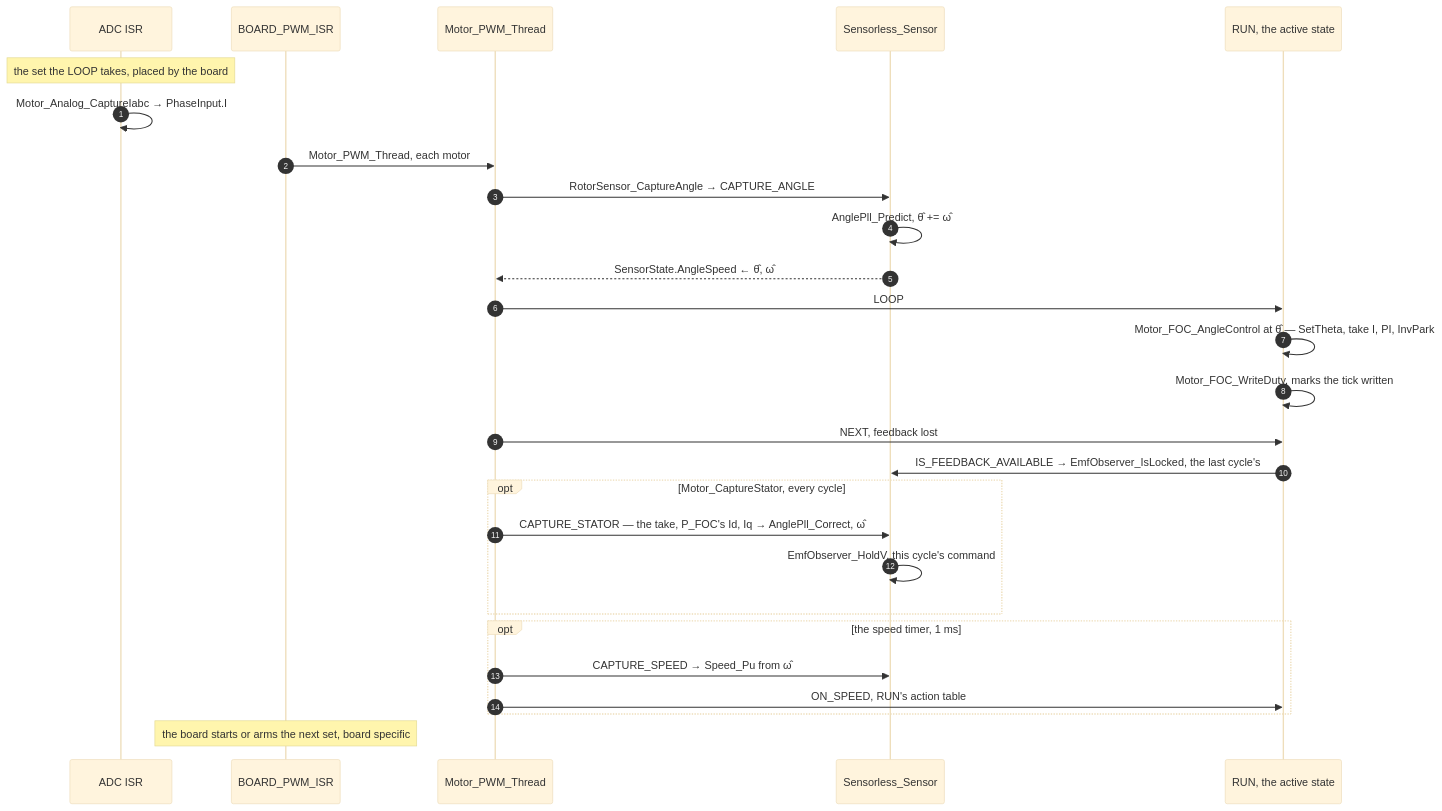
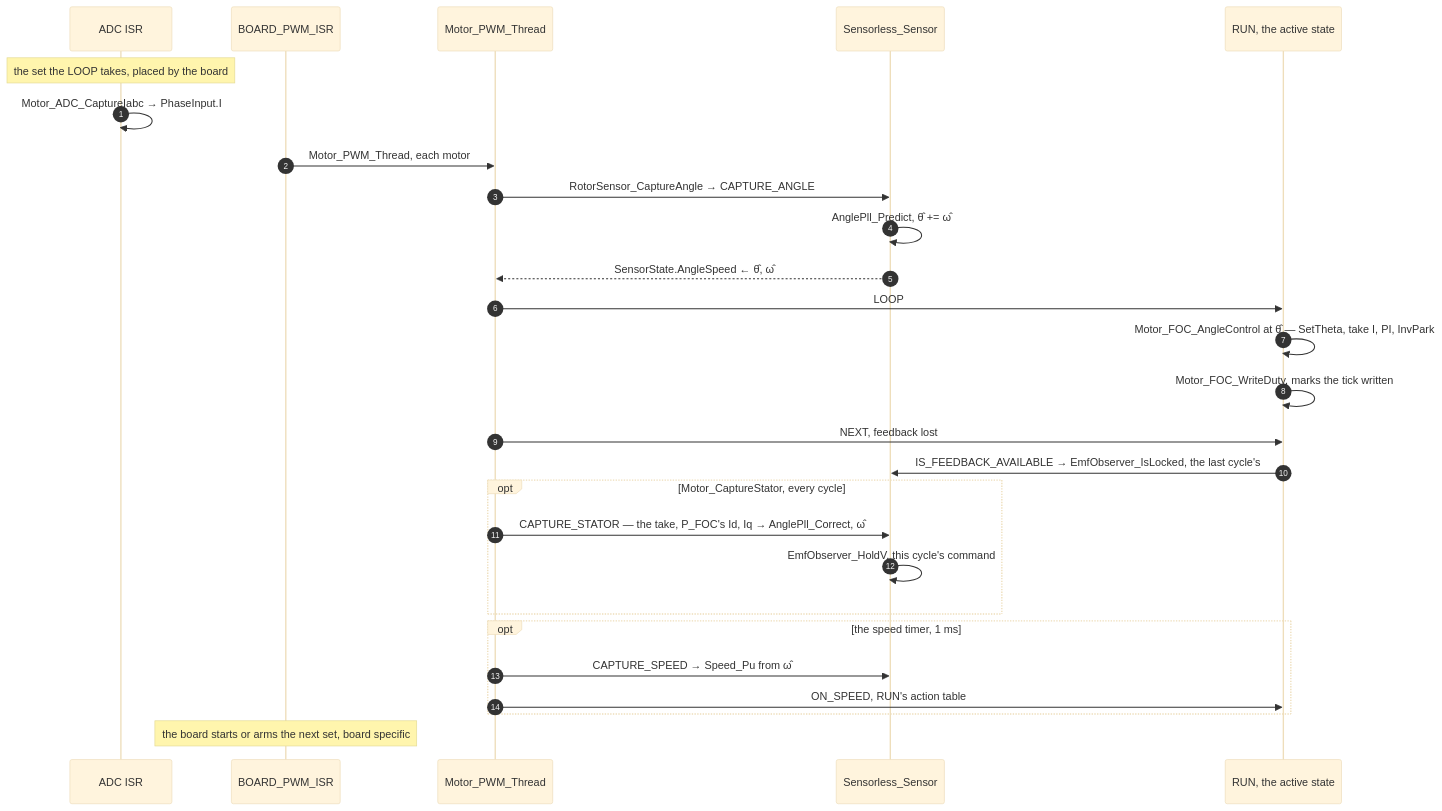
Before and after one commit to FireSourcery/FireSourcery_Library: the third of 9 diagrams in Motor/Docs/Sensorless.md, drawn with Mermaid (base theme). The commit also changed other lines of this file and 45 other files, not shown here.

````diff
--- a/Motor/Docs/Sensorless.md
+++ b/Motor/Docs/Sensorless.md
@@ -173,30 +173,30 @@
 ```mermaid
 sequenceDiagram
     autonumber
     participant ADC as ADC ISR
     participant ISR as BOARD_PWM_ISR
     participant Thr as Motor_PWM_Thread
     participant Sen as Sensorless_Sensor
     participant St as RUN, the active state
 
     Note over ADC: the set the LOOP takes, placed by the board
-    ADC->>ADC: Motor_Analog_CaptureIabc → PhaseInput.I
+    ADC->>ADC: Motor_ADC_CaptureIabc → PhaseInput.I
     ISR->>Thr: Motor_PWM_Thread, each motor
     Thr->>Sen: RotorSensor_CaptureAngle → CAPTURE_ANGLE
     Sen->>Sen: AnglePll_Predict, θ̂ += ω̂
     Sen-->>Thr: SensorState.AngleSpeed ← θ̂, ω̂
     Thr->>St: LOOP
     St->>St: Motor_FOC_AngleControl at θ̂ — SetTheta, take I, PI, InvPark
     St->>St: Motor_FOC_WriteDuty, marks the tick written
     Thr->>St: NEXT, feedback lost
     St->>Sen: IS_FEEDBACK_AVAILABLE → EmfObserver_IsLocked, the last cycle's
     opt Motor_CaptureStator, every cycle
         Thr->>Sen: CAPTURE_STATOR — the take, P_FOC's Id, Iq → AnglePll_Correct, ω̂
         Sen->>Sen: EmfObserver_HoldV, this cycle's command
     end
     opt the speed timer, 1 ms
         Thr->>Sen: CAPTURE_SPEED → Speed_Pu from ω̂
         Thr->>St: ON_SPEED, RUN's action table
     end
     Note over ISR: the board starts or arms the next set, board specific
 ```
````
